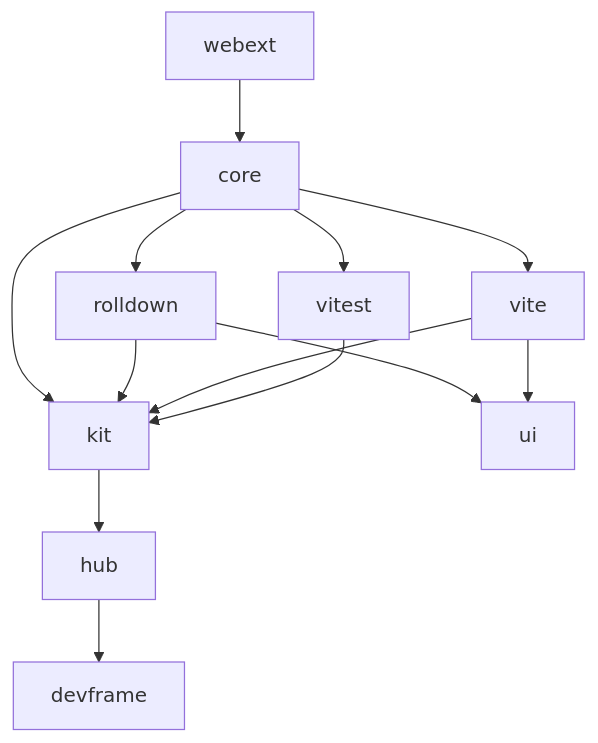
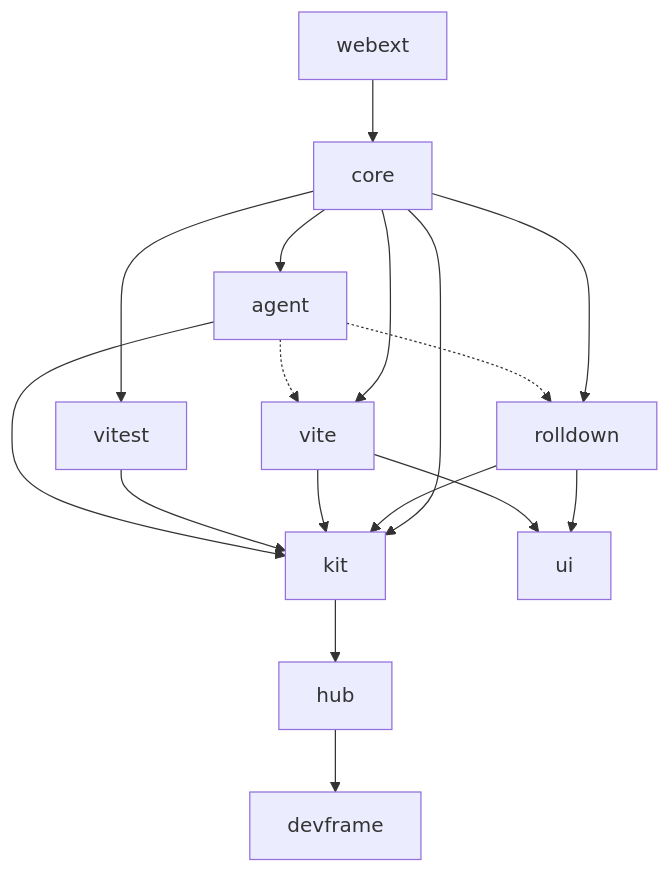
One commit to vitejs/devtools changed the diagram in AGENTS.md. Above: the diagram before and after it, drawn with Mermaid. The commit also changed other lines of this file and 39 other files, not shown here.

````diff
--- a/AGENTS.md
+++ b/AGENTS.md
@@ -36,11 +37,13 @@
 ```mermaid
 flowchart TD
   hub --> devframe
   kit --> hub
   core --> kit
-  core --> rolldown & vite & vitest
+  core --> rolldown & vite & vitest & agent
   rolldown --> kit & ui
   vite --> kit & ui
   vitest --> kit
+  agent --> kit
+  agent -.-> rolldown & vite
   webext --> core
 ```
````
